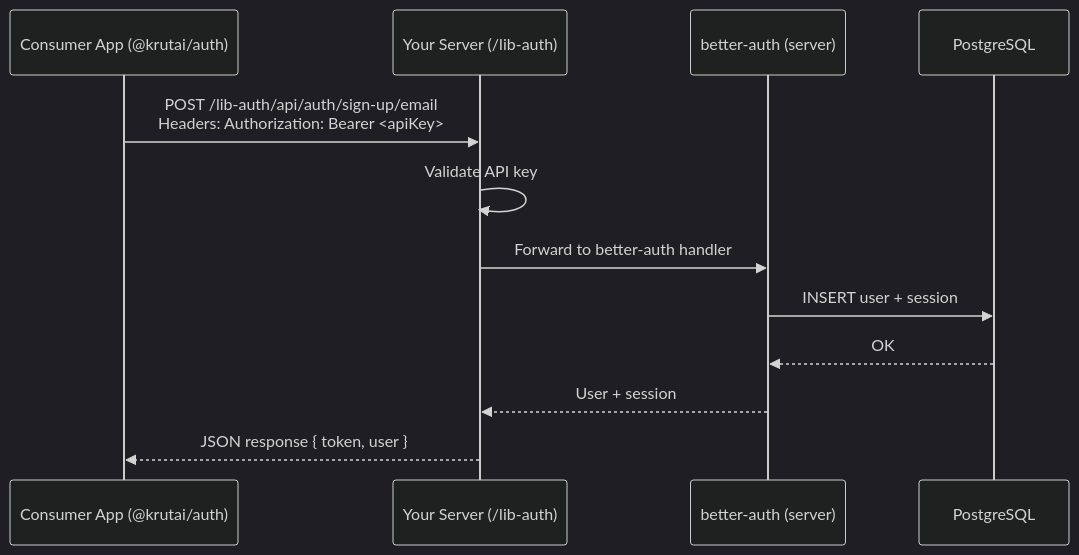
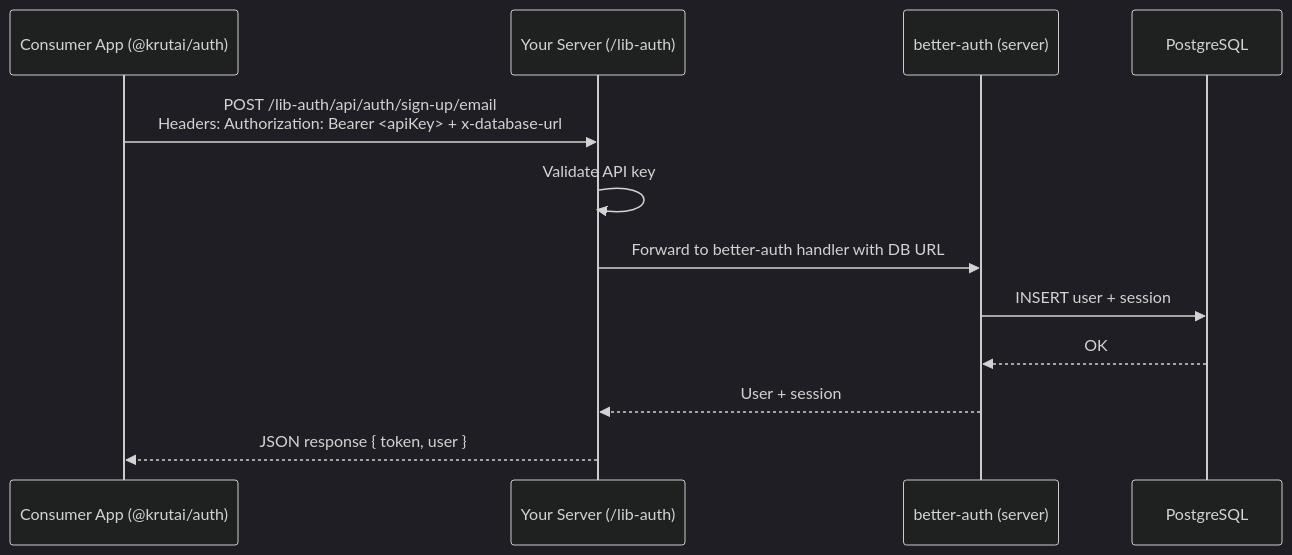
Before and after one commit to AccountantAIOrg/krut_packages: the diagram in packages/auth/AI_REFERENCE.md, drawn with Mermaid (dark theme). The commit also changed other lines of this file and 3 other files, not shown here.

````diff
--- a/packages/auth/AI_REFERENCE.md
+++ b/packages/auth/AI_REFERENCE.md
@@ -41,15 +41,15 @@
 ```mermaid
 sequenceDiagram
     participant App as Consumer App (@krutai/auth)
     participant Server as Your Server (/lib-auth)
     participant BA as better-auth (server)
     participant PG as PostgreSQL
 
-    App->>Server: POST /lib-auth/api/auth/sign-up/email<br/>Headers: Authorization: Bearer <apiKey>
+    App->>Server: POST /lib-auth/api/auth/sign-up/email<br/>Headers: Authorization: Bearer <apiKey> + x-database-url
     Server->>Server: Validate API key
-    Server->>BA: Forward to better-auth handler
+    Server->>BA: Forward to better-auth handler with DB URL
     BA->>PG: INSERT user + session
     PG-->>BA: OK
     BA-->>Server: User + session
     Server-->>App: JSON response { token, user }
 ```
````
